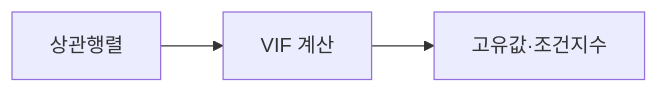
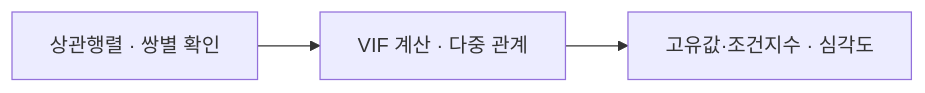
Before and after one commit to coninggu/wjdqhrhksflrltnftk: the second of 2 diagrams in content/multicollinearity.md, drawn with Mermaid. The commit also changed other lines of this file and 16 other files, not shown here.

````diff
--- a/content/multicollinearity.md
+++ b/content/multicollinearity.md
@@ -22,5 +36,5 @@
 ```mermaid
 flowchart LR
-  C[상관행렬] --> V[VIF 계산]
-  V --> E[고유값·조건지수]
+  C[상관행렬 · 쌍별 확인] --> V[VIF 계산 · 다중 관계]
+  V --> E[고유값·조건지수 · 심각도]
 ```
````
